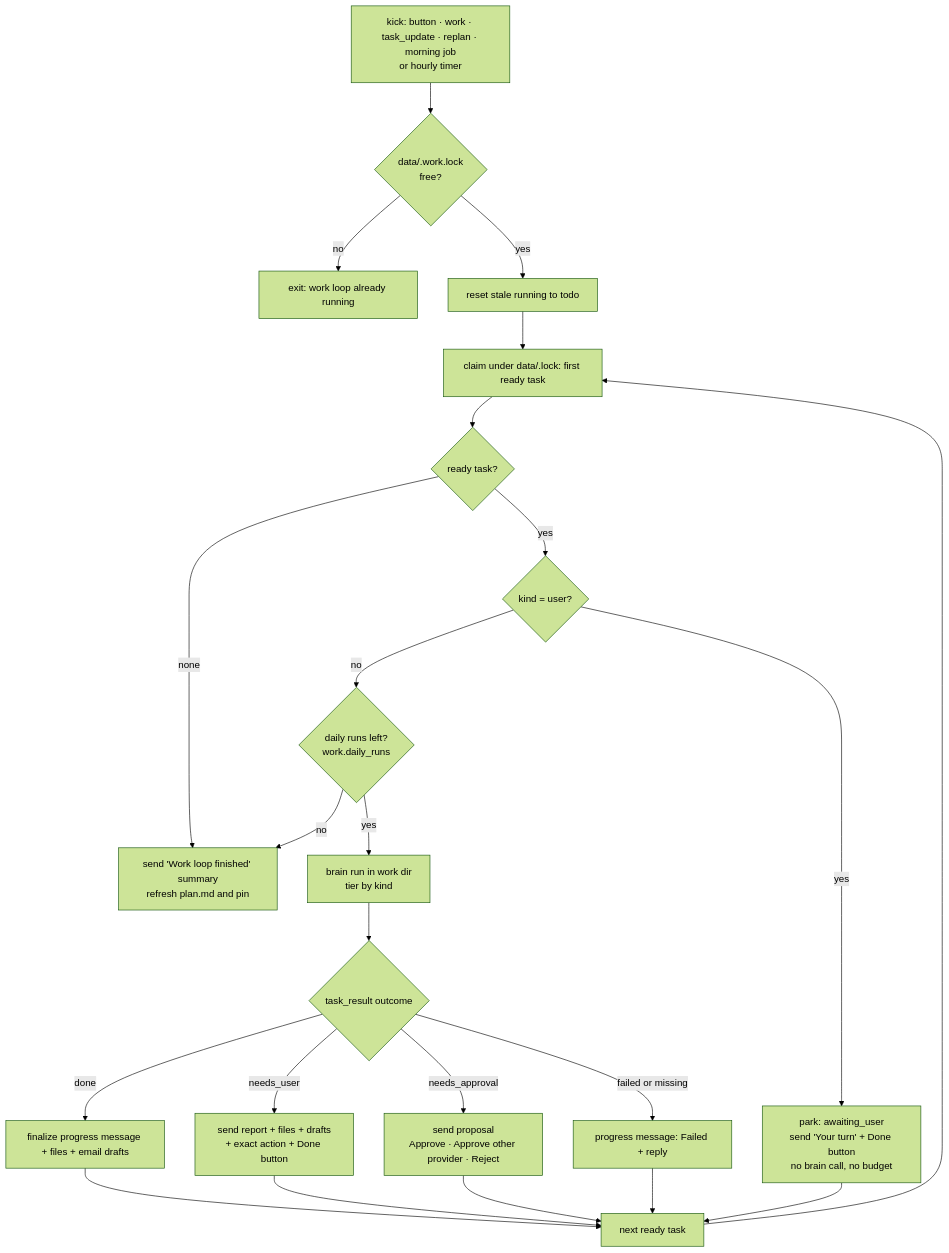
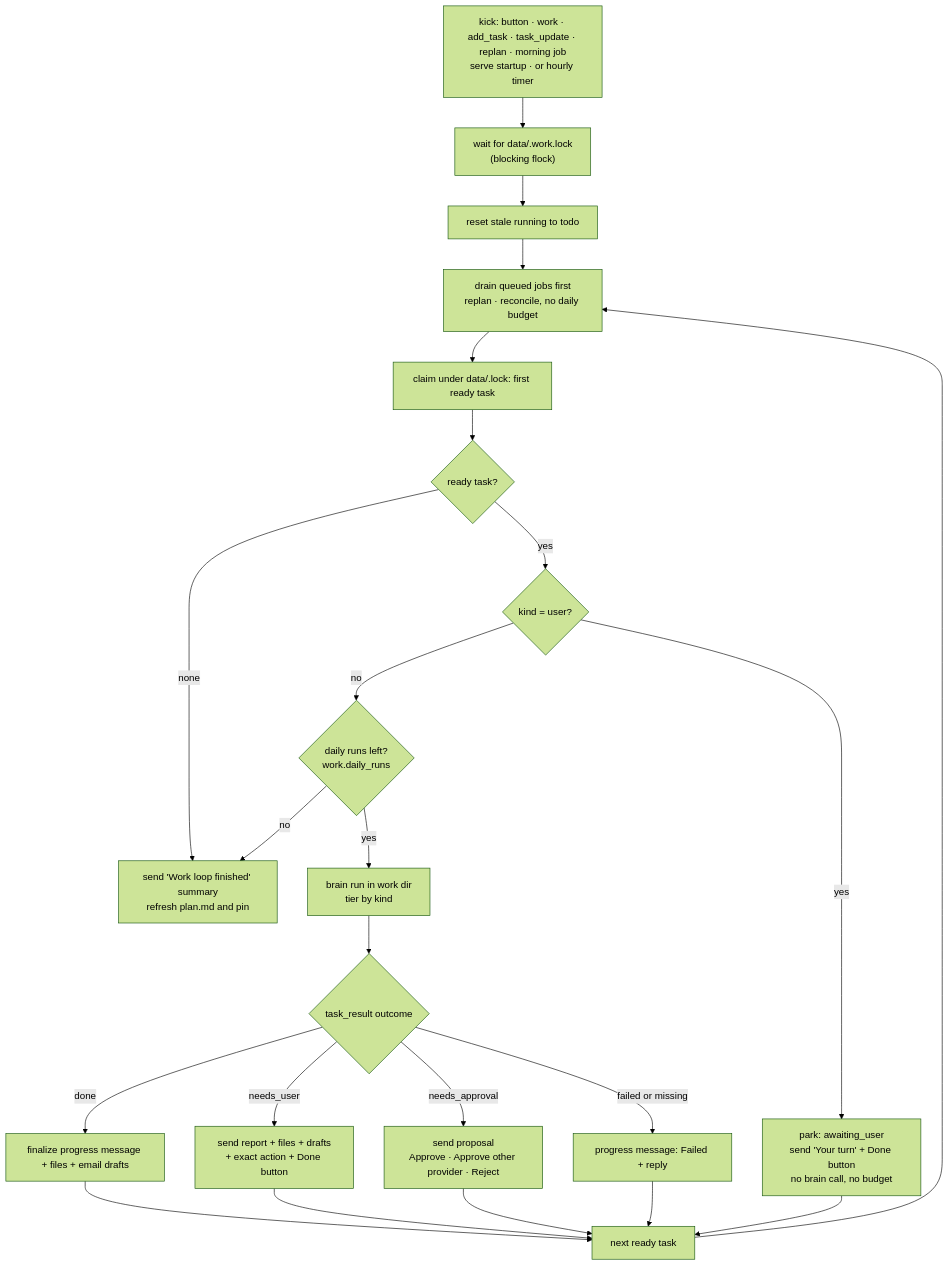
Before and after one commit to vovka/mentor-bot: the tenth of 19 diagrams in docs/ARCHITECTURE.md, drawn with Mermaid (forest theme). The commit also changed other lines of this file and 2 other files, not shown here.

First line of the commit message:
Docs: durable queue, patch replan, plan tier, concurrent chat, /cancel

````diff
--- a/docs/ARCHITECTURE.md
+++ b/docs/ARCHITECTURE.md
@@ -246,22 +269,22 @@
 ```mermaid
 flowchart TB
-  K["kick: button · work · task_update · replan · morning job<br/>or hourly timer"] --> LK{"data/.work.lock<br/>free?"}
-  LK -- no --> EX["exit: work loop already running"]
-  LK -- yes --> RS["reset stale running to todo"] --> CL
+  K["kick: button · work · add_task · task_update · replan · morning job<br/>serve startup · or hourly timer"] --> LK["wait for data/.work.lock<br/>(blocking flock)"]
+  LK --> RS["reset stale running to todo"] --> JB
+  JB["drain queued jobs first<br/>replan · reconcile, no daily budget"] --> CL
   CL["claim under data/.lock: first ready task"] --> RD{"ready task?"}
   RD -- none --> FIN
   RD -- yes --> UT{"kind = user?"}
   UT -- yes --> PK["park: awaiting_user<br/>send 'Your turn' + Done button<br/>no brain call, no budget"]
   UT -- no --> BG{"daily runs left?<br/>work.daily_runs"}
   BG -- no --> FIN
   BG -- yes --> BR["brain run in work dir<br/>tier by kind"]
   BR --> OC{"task_result outcome"}
   OC -- done --> T1["finalize progress message + files + email drafts"]
   OC -- needs_user --> T2["send report + files + drafts<br/>+ exact action + Done button"]
   OC -- needs_approval --> T3["send proposal<br/>Approve · Approve other provider · Reject"]
   OC -- "failed or missing" --> T4["progress message: Failed + reply"]
   T1 & T2 & T3 & T4 --> NX[next ready task]
   PK --> NX
-  NX --> CL
+  NX --> JB
   FIN["send 'Work loop finished' summary<br/>refresh plan.md and pin"]
 ```
````
